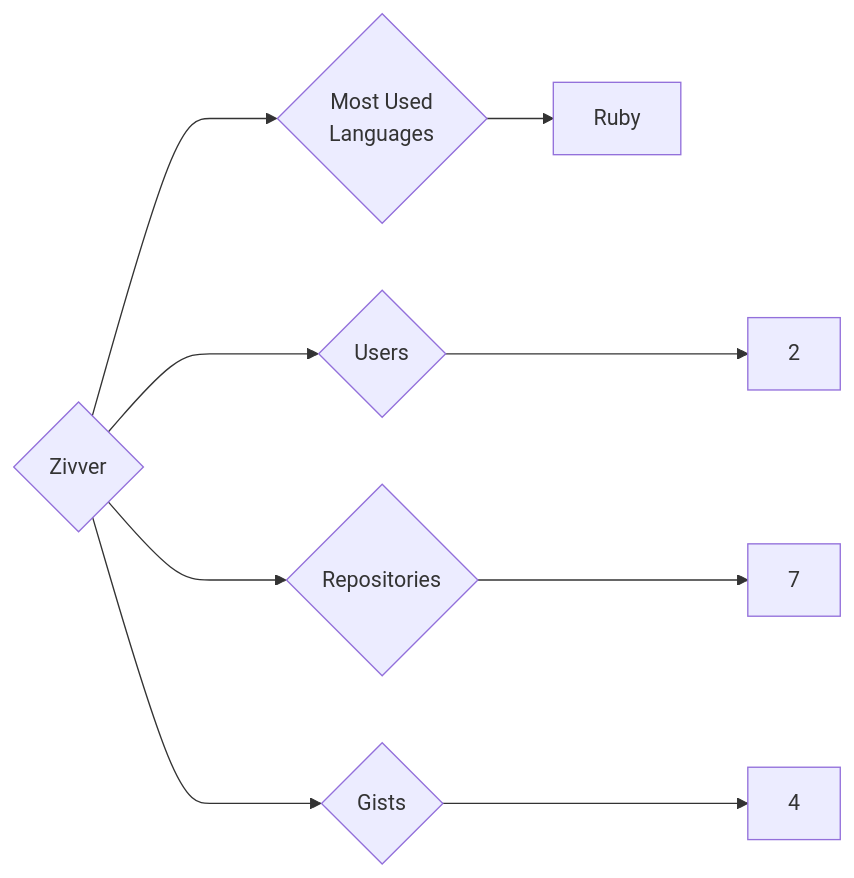
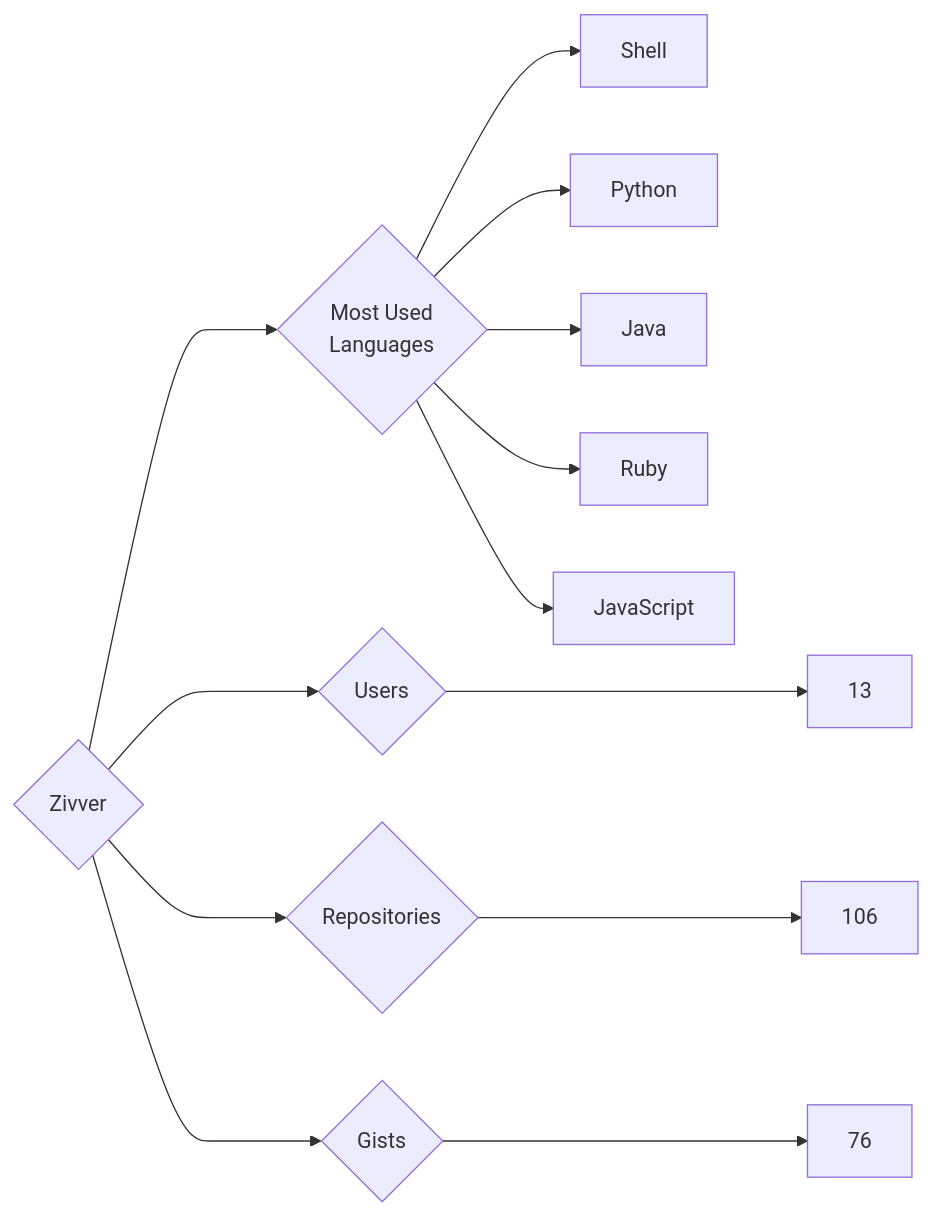
Before and after one commit to trickest/insiders: the diagram in targets/Zivver/README.md, drawn with Mermaid. The commit also changed 955 other files, not shown here.

````diff
--- a/targets/Zivver/README.md
+++ b/targets/Zivver/README.md
@@ -3,9 +3,13 @@
 ```mermaid
 graph LR
 COMPANY_NAME{Zivver}
-COMPANY_NAME ---> U{Users} ---> UN[2]
-COMPANY_NAME ---> R{Repositories} ---> RN[7]
-COMPANY_NAME ---> G{Gists} ---> GN[4]
+COMPANY_NAME ---> U{Users} ---> UN[13]
+COMPANY_NAME ---> R{Repositories} ---> RN[106]
+COMPANY_NAME ---> G{Gists} ---> GN[76]
 COMPANY_NAME ---> ML{Most Used<br>Languages}
+ML --> Shell[Shell]
+ML --> Python[Python]
+ML --> Java[Java]
 ML --> Ruby[Ruby]
+ML --> JavaScript[JavaScript]
 ```
````
